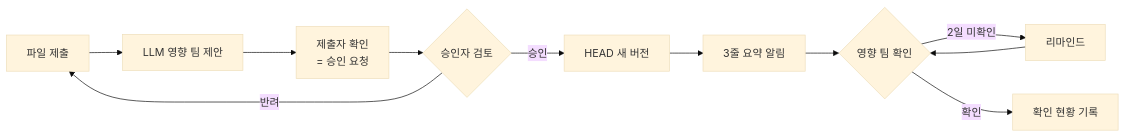
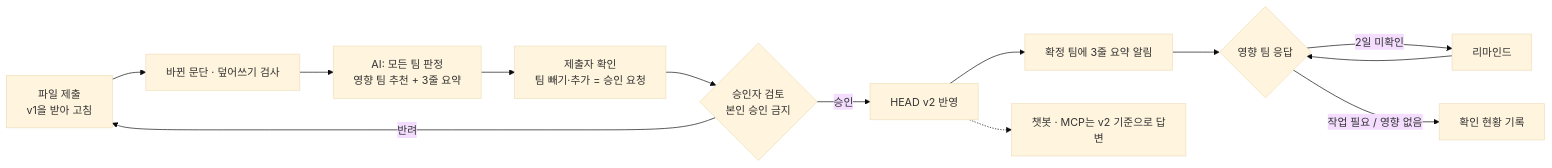
The first of 3 diagrams in README.md (SKNETWORKS-FAMILY-AICAMP/SKN35-FINAL-1TEAM), drawn with Mermaid (base theme) before and after one commit. The commit also changed other lines of this file, not shown here.

Commit message:
docs: README 헤디 기준으로 갱신

````diff
--- a/README.md
+++ b/README.md
@@ -29,13 +70,15 @@
 ```mermaid
 flowchart LR
-    A[파일 제출] --> B[LLM 영향 팀 제안]
-    B --> C[제출자 확인<br/>= 승인 요청]
-    C --> D{승인자 검토}
-    D -- 반려 --> A
-    D -- 승인 --> E[HEAD 새 버전]
-    E --> F[3줄 요약 알림]
-    F --> G{영향 팀 확인}
-    G -- 2일 미확인 --> K[리마인드]
-    K --> G
-    G -- 확인 --> I[확인 현황 기록]
+    A[파일 제출<br/>v1을 받아 고침] --> B[바뀐 문단 · 덮어쓰기 검사]
+    B --> C[AI: 모든 팀 판정<br/>영향 팀 추천 + 3줄 요약]
+    C --> D[제출자 확인<br/>팀 빼기·추가 = 승인 요청]
+    D --> E{승인자 검토<br/>본인 승인 금지}
+    E -- 반려 --> A
+    E -- 승인 --> F[HEAD v2 반영]
+    F --> G[확정 팀에 3줄 요약 알림]
+    G --> H{영향 팀 응답}
+    H -- 2일 미확인 --> K[리마인드]
+    K --> H
+    H -- 작업 필요 / 영향 없음 --> I[확인 현황 기록]
+    F -.-> J[챗봇 · MCP는 v2 기준으로 답변]
 ```
````
